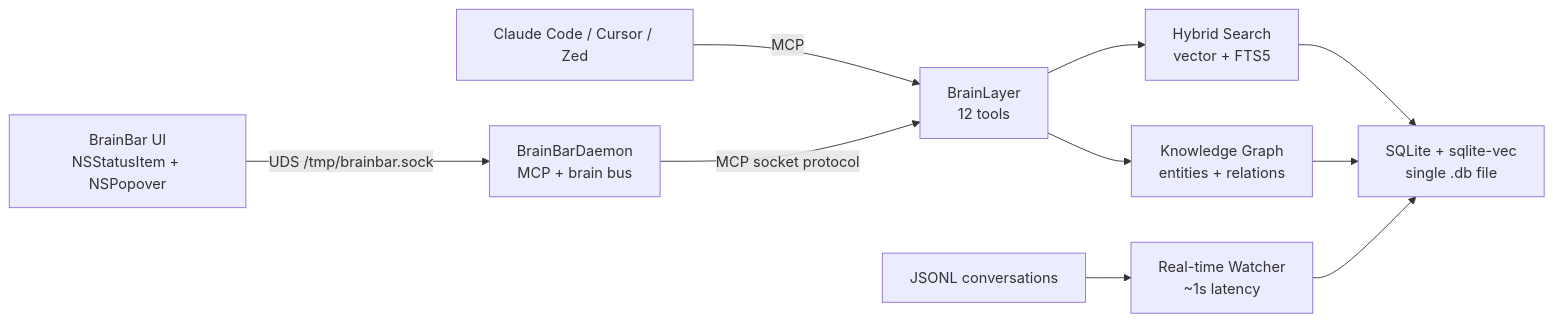
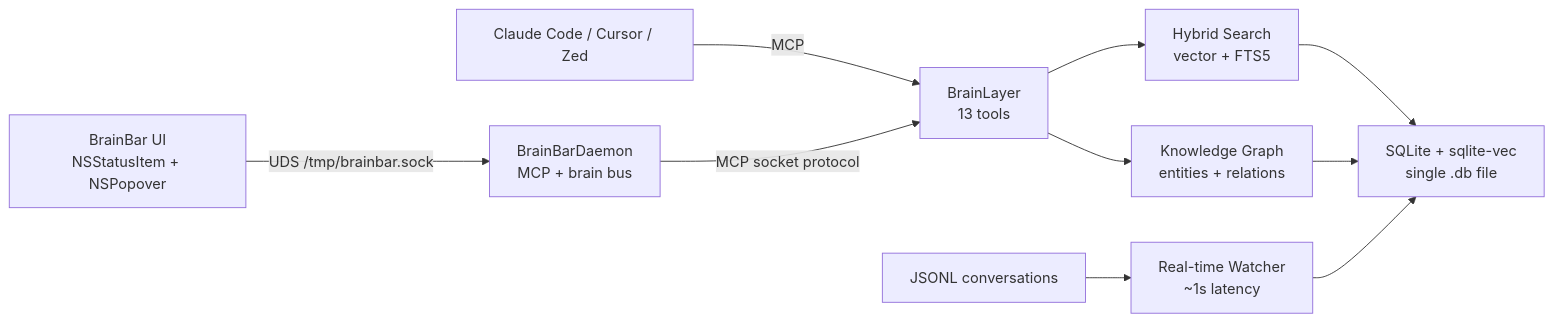
One commit to EtanHey/brainlayer changed the first of 2 diagrams in README.md. Above: the diagram before and after it, drawn with Mermaid. The commit also changed other lines of this file and 1 other file, not shown here.

````diff
--- a/README.md
+++ b/README.md
@@ -105,12 +106,12 @@
 ```mermaid
 graph LR
-    A["Claude Code / Cursor / Zed"] -->|MCP| B["BrainLayer<br/>12 tools"]
+    A["Claude Code / Cursor / Zed"] -->|MCP| B["BrainLayer<br/>13 tools"]
     B --> C["Hybrid Search<br/>vector + FTS5"]
     C --> D["SQLite + sqlite-vec<br/>single .db file"]
     B --> KG["Knowledge Graph<br/>entities + relations"]
     KG --> D
     E["JSONL conversations"] --> W["Real-time Watcher<br/>~1s latency"]
     W --> D
     I["BrainBar UI<br/>NSStatusItem + NSPopover"] -->|UDS /tmp/brainbar.sock| BB["BrainBarDaemon<br/>MCP + brain bus"]
     BB -->|MCP socket protocol| B
 ```
````
